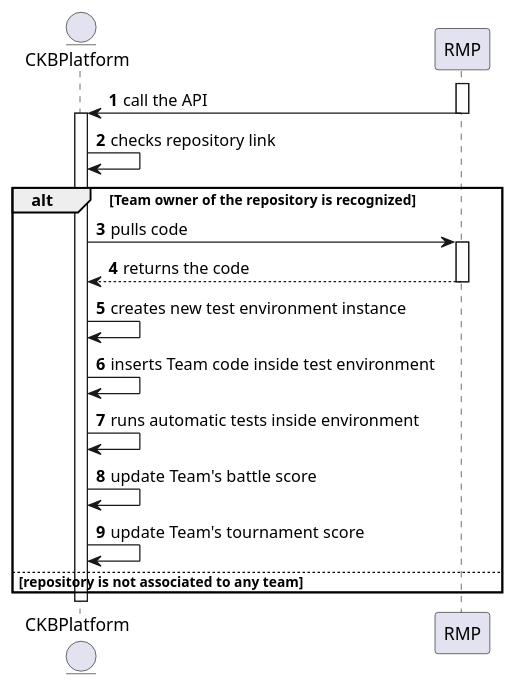
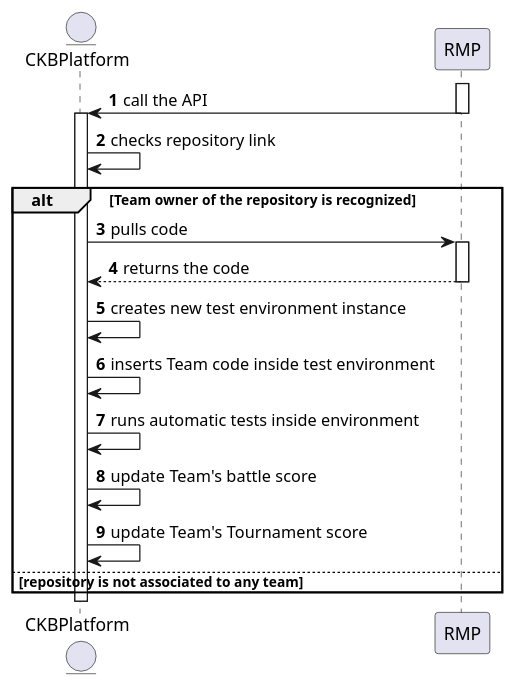
One commit to Angelo7672/SE2_Requirement-and-Design-Document changed the diagram in _RASD/Images/UML/sequenceDiagram/sequenceDiagramUC9.wsd. Above: the diagram before and after it, drawn with PlantUML. The commit also changed 11 other files, not shown here.

```diff
--- a/_RASD/Images/UML/sequenceDiagram/sequenceDiagramUC9.wsd
+++ b/_RASD/Images/UML/sequenceDiagram/sequenceDiagramUC9.wsd
@@ -1,28 +1,28 @@
 @startuml
 
 autonumber
 
 entity CKBPlatform as P
 participant RMP as R
 
 activate R
 R -> P: call the API
 deactivate R
 activate P
 P -> P: checks repository link
 
 alt Team owner of the repository is recognized
     P -> R: pulls code
     activate R
     R --> P: returns the code
     deactivate R
     P -> P: creates new test environment instance
     P -> P: inserts Team code inside test environment
     P -> P: runs automatic tests inside environment
     P -> P: update Team's battle score 
-    P -> P: update Team's tournament score
+    P -> P: update Team's Tournament score
 else repository is not associated to any team
 end
 deactivate P
 
 @enduml
```
